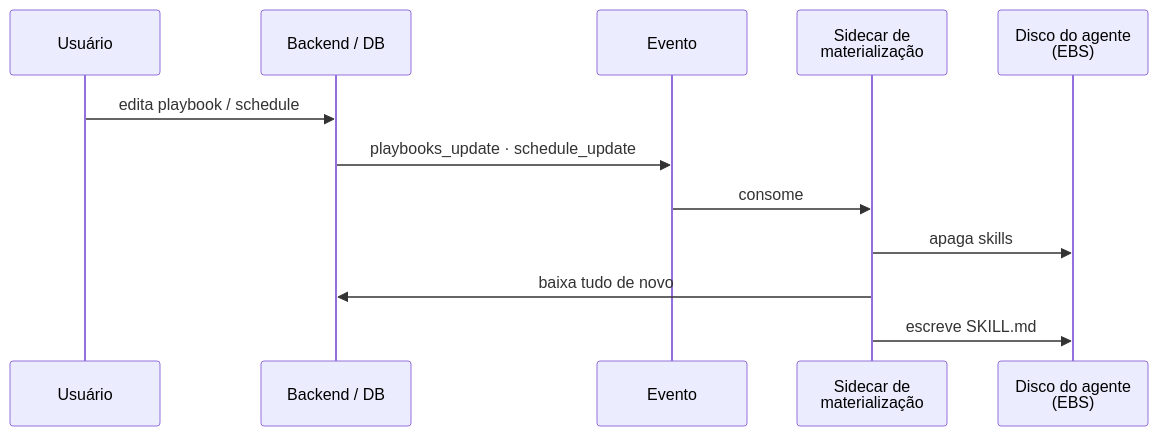
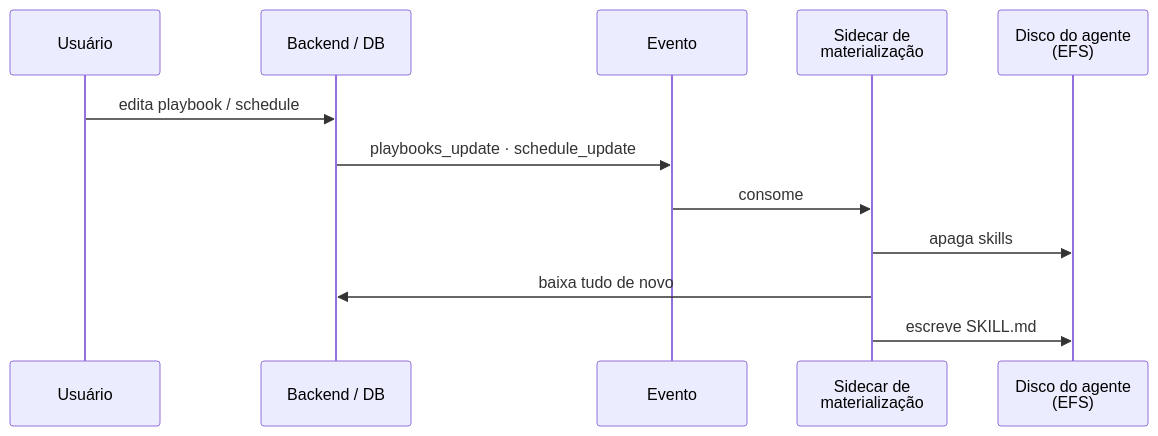
Before and after one commit to newtonbeck/hacktown-2026: the diagram in palestras/02-o-que-sobra-sem-llm/core/07-skills-compartilhadas.md, drawn with Mermaid. The commit also changed 5 other files, not shown here.

First line of the commit message:
Põe o deploy antes do chat e corrige EBS para EFS

````diff
--- a/palestras/02-o-que-sobra-sem-llm/core/07-skills-compartilhadas.md
+++ b/palestras/02-o-que-sobra-sem-llm/core/07-skills-compartilhadas.md
@@ -61,14 +61,14 @@
 ```mermaid
 sequenceDiagram
   participant U as Usuário
   participant BE as Backend / DB
   participant EV as Evento
   participant SC as Sidecar de<br/>materialização
-  participant FS as Disco do agente<br/>(EBS)
+  participant FS as Disco do agente<br/>(EFS)
   U->>BE: edita playbook / schedule
   BE->>EV: playbooks_update · schedule_update
   EV->>SC: consome
   SC->>FS: apaga skills
   SC->>BE: baixa tudo de novo
   SC->>FS: escreve SKILL.md
 ```
````
